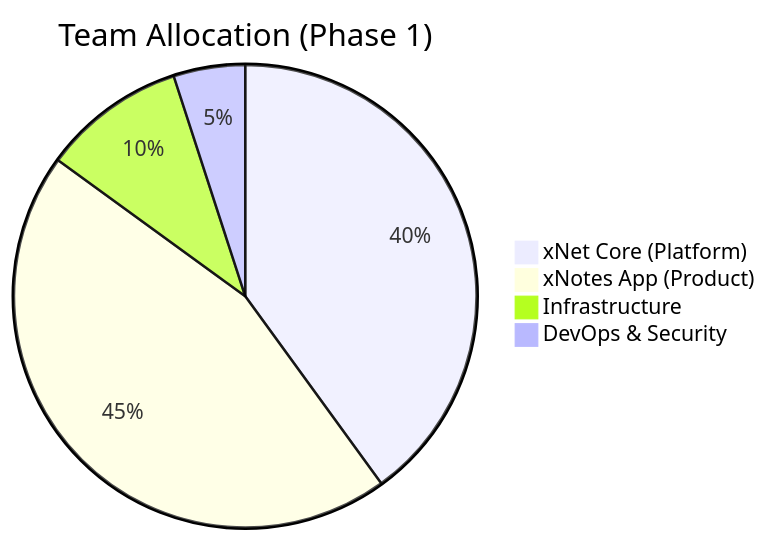
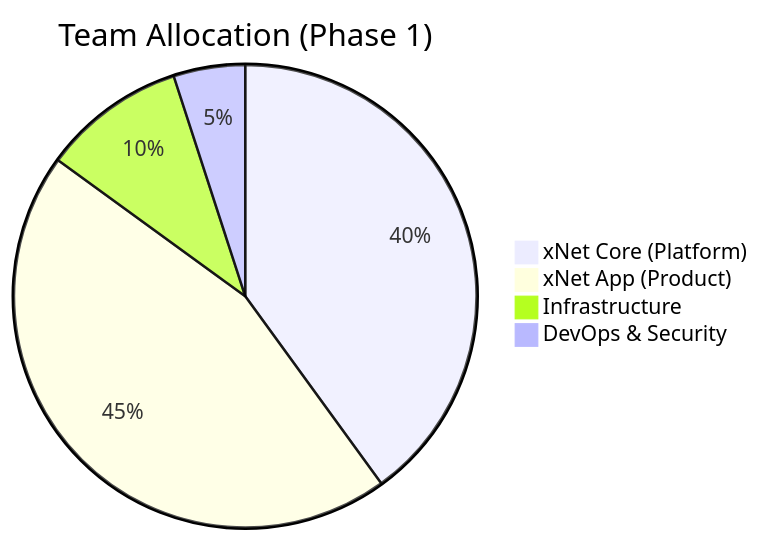
One commit to crs48/xNet changed the fourth of 4 diagrams in docs/plan/README.md. Above: the diagram before and after it, drawn with Mermaid. The commit also changed other lines of this file and 44 other files, not shown here.

First line of the commit message:
Rename xNotes to xNet throughout codebase

````diff
--- a/docs/plan/README.md
+++ b/docs/plan/README.md
@@ -238,7 +238,7 @@
 ```mermaid
 pie title Team Allocation (Phase 1)
     "xNet Core (Platform)" : 40
-    "xNotes App (Product)" : 45
+    "xNet App (Product)" : 45
     "Infrastructure" : 10
     "DevOps & Security" : 5
 ```
````
